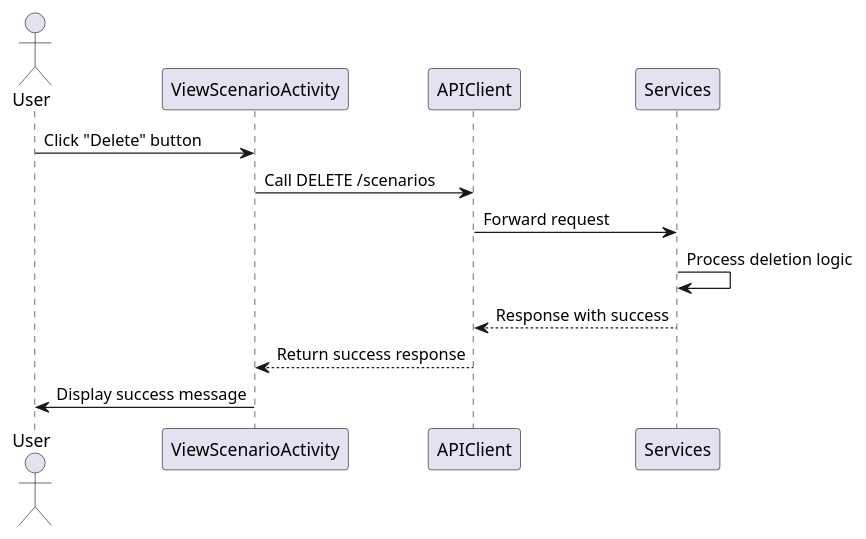
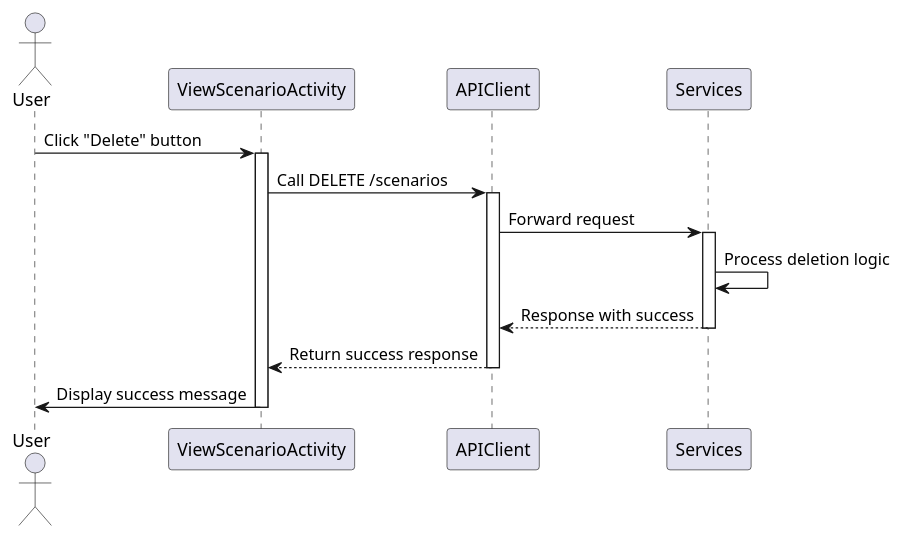
Before and after one commit to Caothuludau/InSyncDocument: the diagram in ClassDiagram/MobileDiagram/ScenarioManagement/DeleteScenarioSequenceDiagram.plantuml, drawn with PlantUML. The commit also changed 14 other files, not shown here.

```diff
--- a/ClassDiagram/MobileDiagram/ScenarioManagement/DeleteScenarioSequenceDiagram.plantuml
+++ b/ClassDiagram/MobileDiagram/ScenarioManagement/DeleteScenarioSequenceDiagram.plantuml
@@ -1,16 +1,22 @@
 @startuml DeleteScenarioSequenceDiagram
 
 actor User
 participant ViewScenarioActivity
 participant APIClient
 participant Services
 
 User -> ViewScenarioActivity : Click "Delete" button
+activate ViewScenarioActivity
 ViewScenarioActivity -> APIClient : Call DELETE /scenarios
+activate APIClient
 APIClient -> Services : Forward request
+activate Services
 Services -> Services : Process deletion logic
 Services --> APIClient : Response with success
+deactivate Services
 APIClient --> ViewScenarioActivity : Return success response
+deactivate APIClient
 ViewScenarioActivity -> User : Display success message
+deactivate ViewScenarioActivity
 
 @enduml
```
